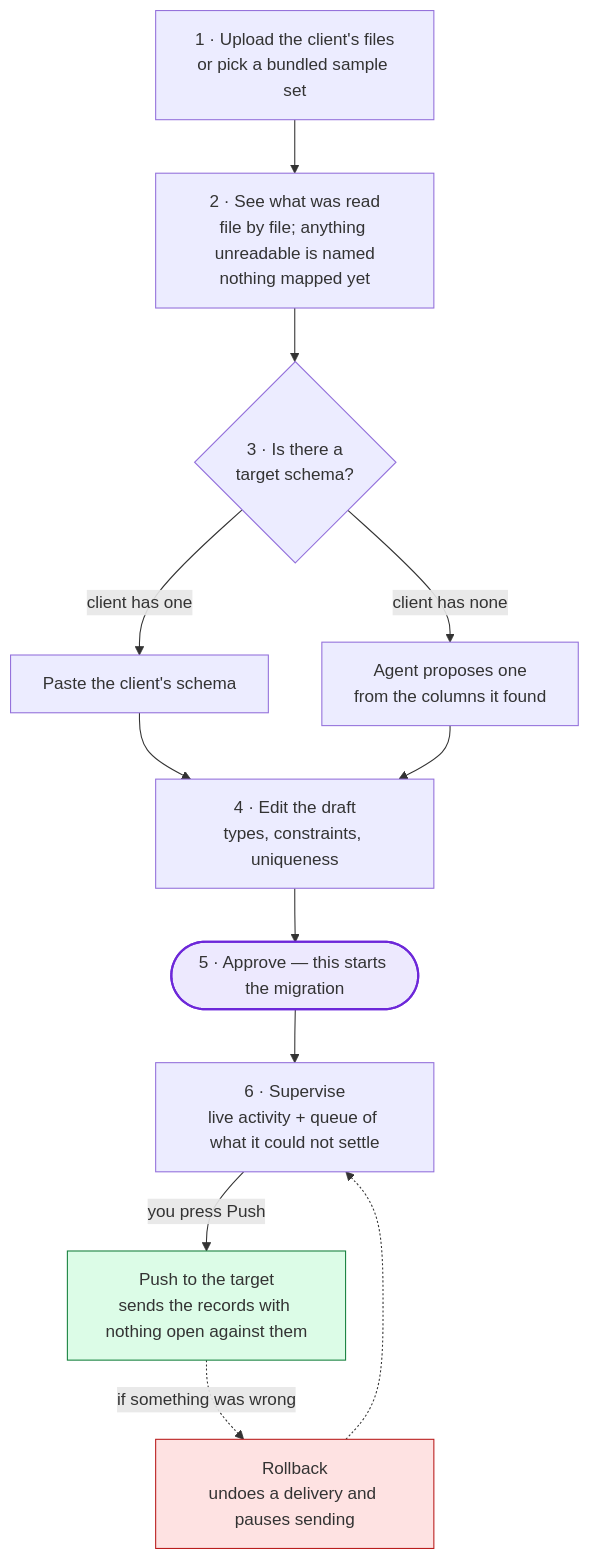
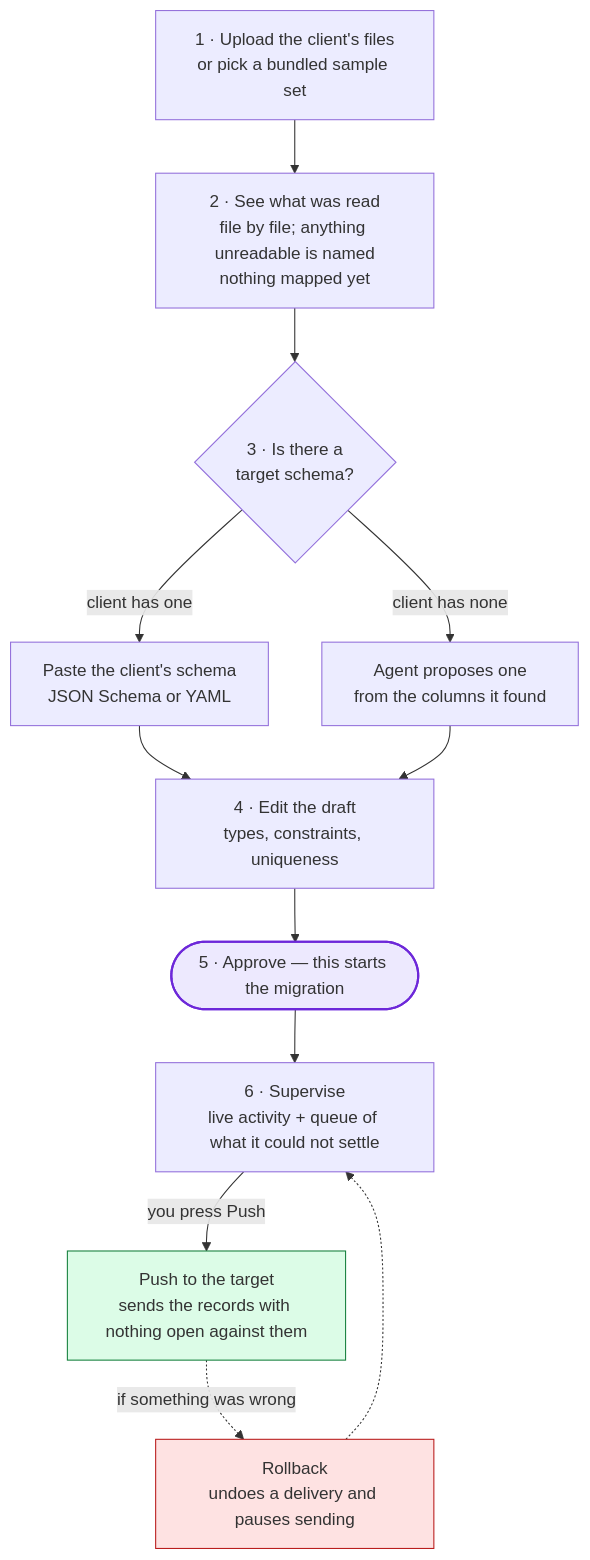
The second of 4 diagrams in README.md (himacharan128/darwinbox-data-bridge), drawn with Mermaid before and after one commit. The commit also changed other lines of this file and 6 other files, not shown here.

````diff
--- a/README.md
+++ b/README.md
@@ -46,27 +46,27 @@
 ```mermaid
 flowchart TD
     U["1 · Upload the client's files<br/>or pick a bundled sample set"]
     R["2 · See what was read<br/>file by file; anything unreadable is named<br/>nothing mapped yet"]
     Q{"3 · Is there a<br/>target schema?"}
-    P["Paste the client's schema"]
+    P["Paste the client's schema<br/>JSON Schema or YAML"]
     G["Agent proposes one<br/>from the columns it found"]
     E["4 · Edit the draft<br/>types, constraints, uniqueness"]
     OK(["5 · Approve — this starts the migration"])
     W["6 · Supervise<br/>live activity + queue of what it could not settle"]
     S["Push to the target<br/>sends the records with nothing open against them"]
     B["Rollback<br/>undoes a delivery and pauses sending"]
 
     U --> R --> Q
     Q -->|"client has one"| P
     Q -->|"client has none"| G
     P --> E
     G --> E
     E --> OK --> W
     W -->|"you press Push"| S
     S -.->|"if something was wrong"| B
     B -.-> W
 
     style OK fill:#ede9fe,stroke:#6d28d9,stroke-width:2px
     style S fill:#dcfce7,stroke:#15803d
     style B fill:#fee2e2,stroke:#b91c1c
 ```
````
